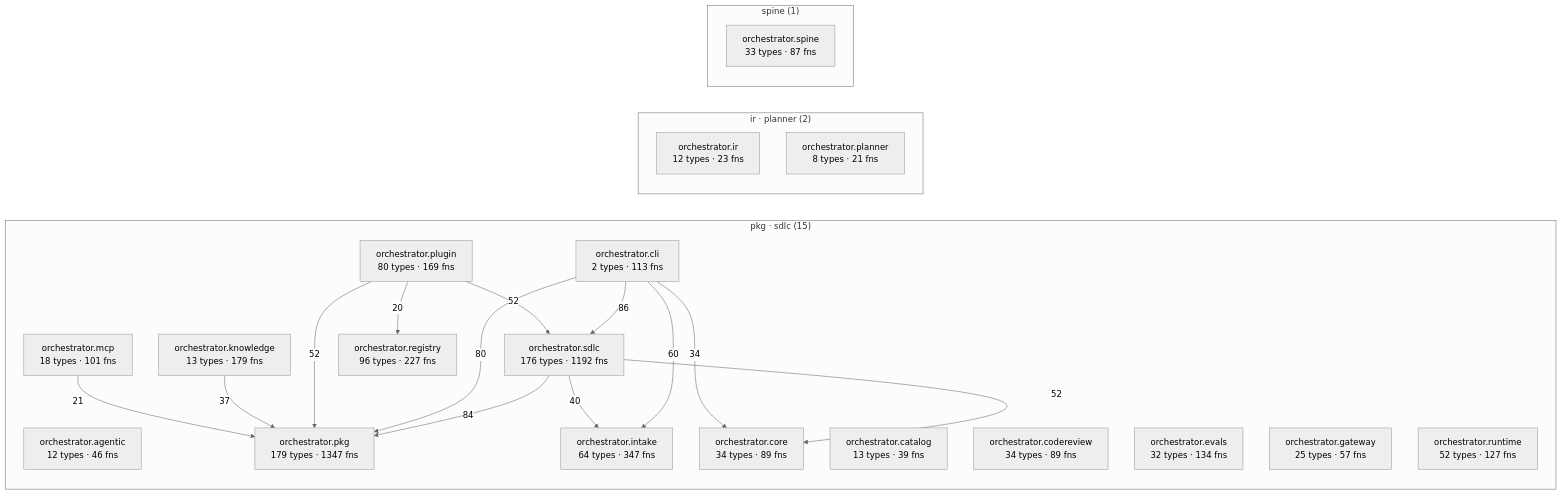
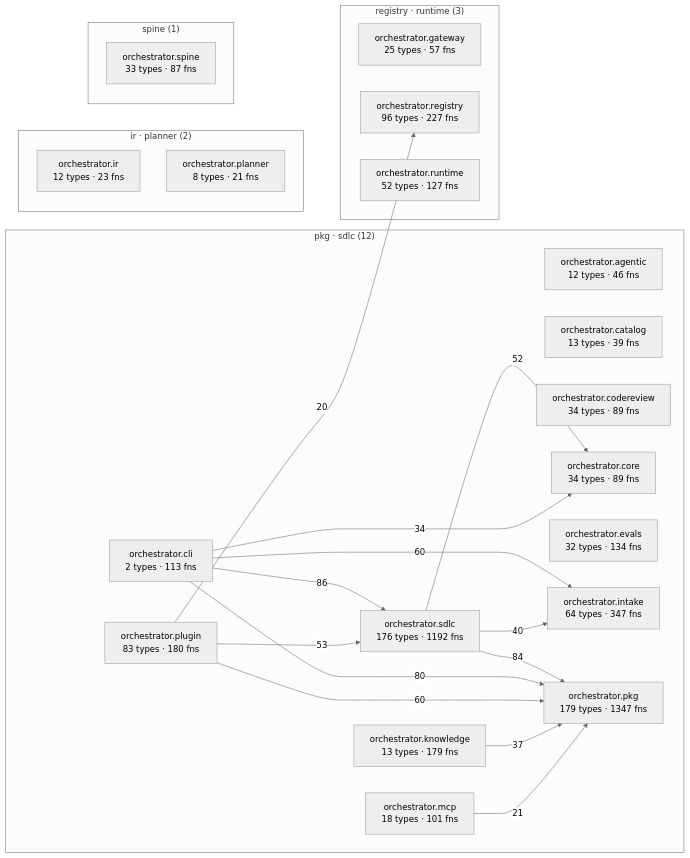
The diagram in episteme/architecture.md (synaptixs/spine), drawn with Mermaid (neutral theme) before and after one commit. The commit also changed other lines of this file and 20 other files, not shown here.

````diff
--- a/episteme/architecture.md
+++ b/episteme/architecture.md
@@ -56,39 +56,41 @@
 ```mermaid
 flowchart LR
-  subgraph c_2["pkg · sdlc (15)"]
+  subgraph c_2["pkg · sdlc (12)"]
     aorchestratoragentic["orchestrator.agentic<br/>12 types · 46 fns"]
     aorchestratorcatalog["orchestrator.catalog<br/>13 types · 39 fns"]
     aorchestratorcli["orchestrator.cli<br/>2 types · 113 fns"]
     aorchestratorcodereview["orchestrator.codereview<br/>34 types · 89 fns"]
     aorchestratorcore["orchestrator.core<br/>34 types · 89 fns"]
     aorchestratorevals["orchestrator.evals<br/>32 types · 134 fns"]
-    aorchestratorgateway["orchestrator.gateway<br/>25 types · 57 fns"]
     aorchestratorintake["orchestrator.intake<br/>64 types · 347 fns"]
     aorchestratorknowledge["orchestrator.knowledge<br/>13 types · 179 fns"]
     aorchestratormcp["orchestrator.mcp<br/>18 types · 101 fns"]
     aorchestratorpkg["orchestrator.pkg<br/>179 types · 1347 fns"]
-    aorchestratorplugin["orchestrator.plugin<br/>80 types · 169 fns"]
+    aorchestratorplugin["orchestrator.plugin<br/>83 types · 180 fns"]
+    aorchestratorsdlc["orchestrator.sdlc<br/>176 types · 1192 fns"]
+  end
+  subgraph c_5["registry · runtime (3)"]
+    aorchestratorgateway["orchestrator.gateway<br/>25 types · 57 fns"]
     aorchestratorregistry["orchestrator.registry<br/>96 types · 227 fns"]
     aorchestratorruntime["orchestrator.runtime<br/>52 types · 127 fns"]
-    aorchestratorsdlc["orchestrator.sdlc<br/>176 types · 1192 fns"]
   end
-  subgraph c_5["ir · planner (2)"]
+  subgraph c_7["ir · planner (2)"]
     aorchestratorir["orchestrator.ir<br/>12 types · 23 fns"]
     aorchestratorplanner["orchestrator.planner<br/>8 types · 21 fns"]
   end
-  subgraph c_10["spine (1)"]
+  subgraph c_12["spine (1)"]
     aorchestratorspine["orchestrator.spine<br/>33 types · 87 fns"]
   end
   aorchestratorcli -->|86| aorchestratorsdlc
   aorchestratorsdlc -->|84| aorchestratorpkg
   aorchestratorcli -->|80| aorchestratorpkg
   aorchestratorcli -->|60| aorchestratorintake
-  aorchestratorplugin -->|52| aorchestratorpkg
-  aorchestratorplugin -->|52| aorchestratorsdlc
+  aorchestratorplugin -->|60| aorchestratorpkg
+  aorchestratorplugin -->|53| aorchestratorsdlc
   aorchestratorsdlc -->|52| aorchestratorcore
   aorchestratorsdlc -->|40| aorchestratorintake
   aorchestratorknowledge -->|37| aorchestratorpkg
   aorchestratorcli -->|34| aorchestratorcore
   aorchestratormcp -->|21| aorchestratorpkg
   aorchestratorplugin -->|20| aorchestratorregistry
 ```
````
